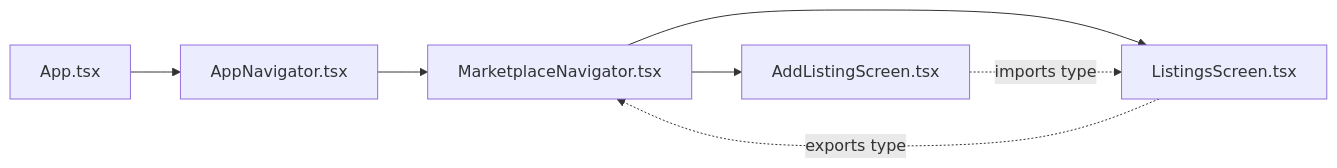
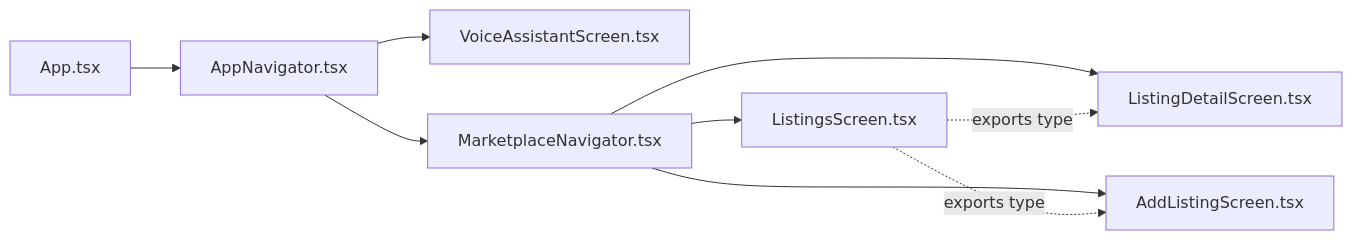
The fifth of 5 diagrams in .qoder/repowiki/en/content/Marketplace Feature/Marketplace Navigation.md (Aiman-Naeem/KisaanDost_AI_hackathon_Pakistan), drawn with Mermaid before and after one commit. The commit also changed other lines of this file and 42 other files, not shown here.

Commit message:
Day 2: farmer identity persistence, voice UX polish, listing detail/edit/call, shared design system, QA pass

````diff
--- a/.qoder/repowiki/en/content/Marketplace Feature/Marketplace Navigation.md
+++ b/.qoder/repowiki/en/content/Marketplace Feature/Marketplace Navigation.md
@@ -219,9 +261,11 @@
 ```mermaid
 graph LR
 App["App.tsx"] --> AppNav["AppNavigator.tsx"]
+AppNav --> Voice["VoiceAssistantScreen.tsx"]
 AppNav --> MktNav["MarketplaceNavigator.tsx"]
 MktNav --> ListScr["ListingsScreen.tsx"]
+MktNav --> DetailScr["ListingDetailScreen.tsx"]
 MktNav --> AddScr["AddListingScreen.tsx"]
-ListScr -.->|exports type| MktNav
-AddScr -.->|imports type| ListScr
+ListScr -.->|exports type| DetailScr
+ListScr -.->|exports type| AddScr
 ```
````
